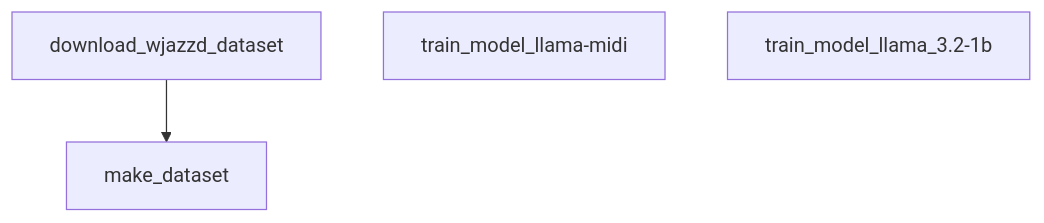
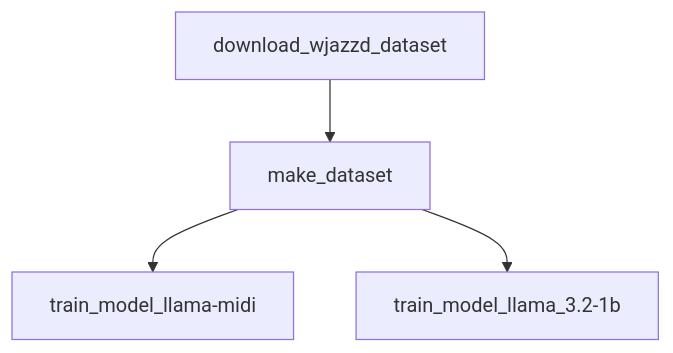
The first of 2 diagrams in PIPELINE.md (u-masao/melody-flow), drawn with Mermaid before and after one commit. The commit also changed other lines of this file, not shown here.

````diff
--- a/PIPELINE.md
+++ b/PIPELINE.md
@@ -5,8 +5,10 @@
 ```mermaid
 flowchart TD
 	node1["download_wjazzd_dataset"]
 	node2["make_dataset"]
-	node1-->node2
 	node3["train_model_llama-midi"]
 	node4["train_model_llama_3.2-1b"]
+	node1-->node2
+	node2-->node3
+	node2-->node4
 ```
````
